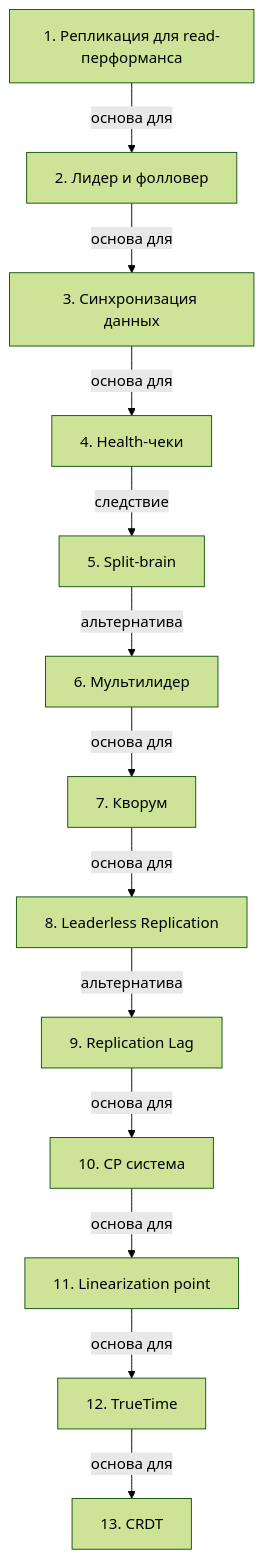
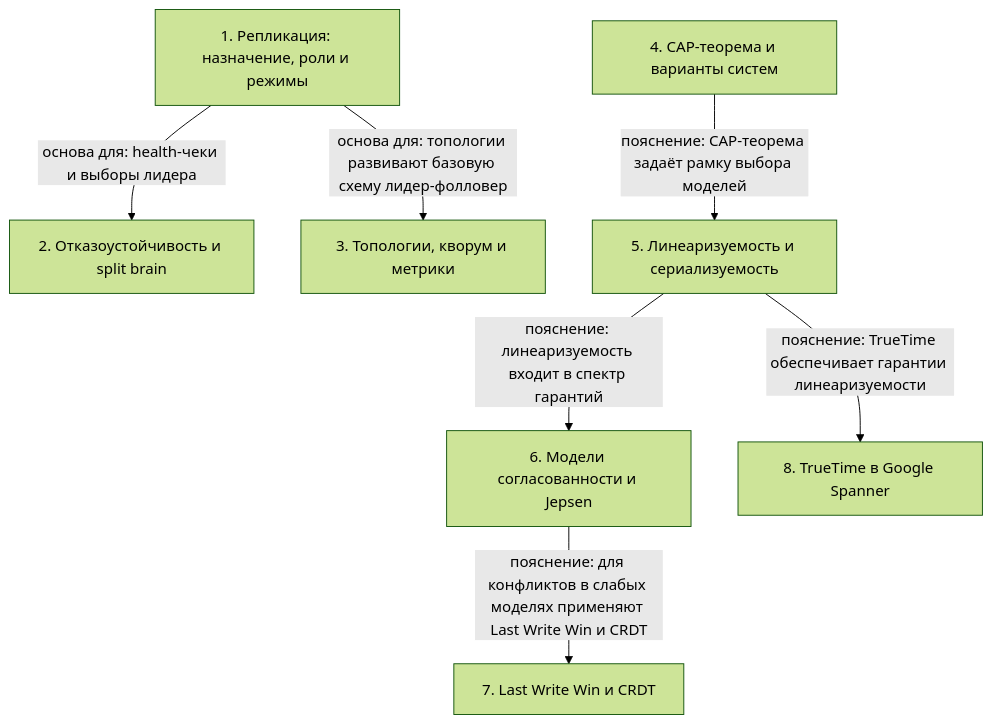
Before and after one commit to AsoloCode/notes: the diagram in SSL.BAND Систем Дизайн/04 - replication/notes.md, drawn with Mermaid (forest theme). The commit also changed other lines of this file and 391 other files, not shown here.

````diff
--- a/SSL.BAND Систем Дизайн/04 - replication/notes.md
+++ b/SSL.BAND Систем Дизайн/04 - replication/notes.md
@@ -132,28 +112,17 @@
 ```mermaid
 flowchart TD
-    n1["1. Репликация для read-перформанса"]
-    n2["2. Лидер и фолловер"]
-    n3["3. Синхронизация данных"]
-    n4["4. Health-чеки"]
-    n5["5. Split-brain"]
-    n6["6. Мультилидер"]
-    n7["7. Кворум"]
-    n8["8. Leaderless Replication"]
-    n9["9. Replication Lag"]
-    n10["10. CP система"]
-    n11["11. Linearization point"]
-    n12["12. TrueTime"]
-    n13["13. CRDT"]
-    n1 -->|основа для| n2
-    n2 -->|основа для| n3
-    n3 -->|основа для| n4
-    n4 -->|следствие| n5
-    n5 -->|альтернатива| n6
-    n6 -->|основа для| n7
-    n7 -->|основа для| n8
-    n8 -->|альтернатива| n9
-    n9 -->|основа для| n10
-    n10 -->|основа для| n11
-    n11 -->|основа для| n12
-    n12 -->|основа для| n13
+    n1["1. Репликация: назначение, роли и режимы"]
+    n2["2. Отказоустойчивость и split brain"]
+    n3["3. Топологии, кворум и метрики"]
+    n4["4. CAP-теорема и варианты систем"]
+    n5["5. Линеаризуемость и сериализуемость"]
+    n6["6. Модели согласованности и Jepsen"]
+    n7["7. Last Write Win и CRDT"]
+    n8["8. TrueTime в Google Spanner"]
+    n1 -->|основа для: health-чеки и выборы лидера| n2
+    n1 -->|основа для: топологии развивают базовую схему лидер-фолловер| n3
+    n4 -->|пояснение: CAP-теорема задаёт рамку выбора моделей| n5
+    n5 -->|пояснение: линеаризуемость входит в спектр гарантий| n6
+    n5 -->|пояснение: TrueTime обеспечивает гарантии линеаризуемости| n8
+    n6 -->|пояснение: для конфликтов в слабых моделях применяют Last Write Win и CRDT| n7
 ```
````
